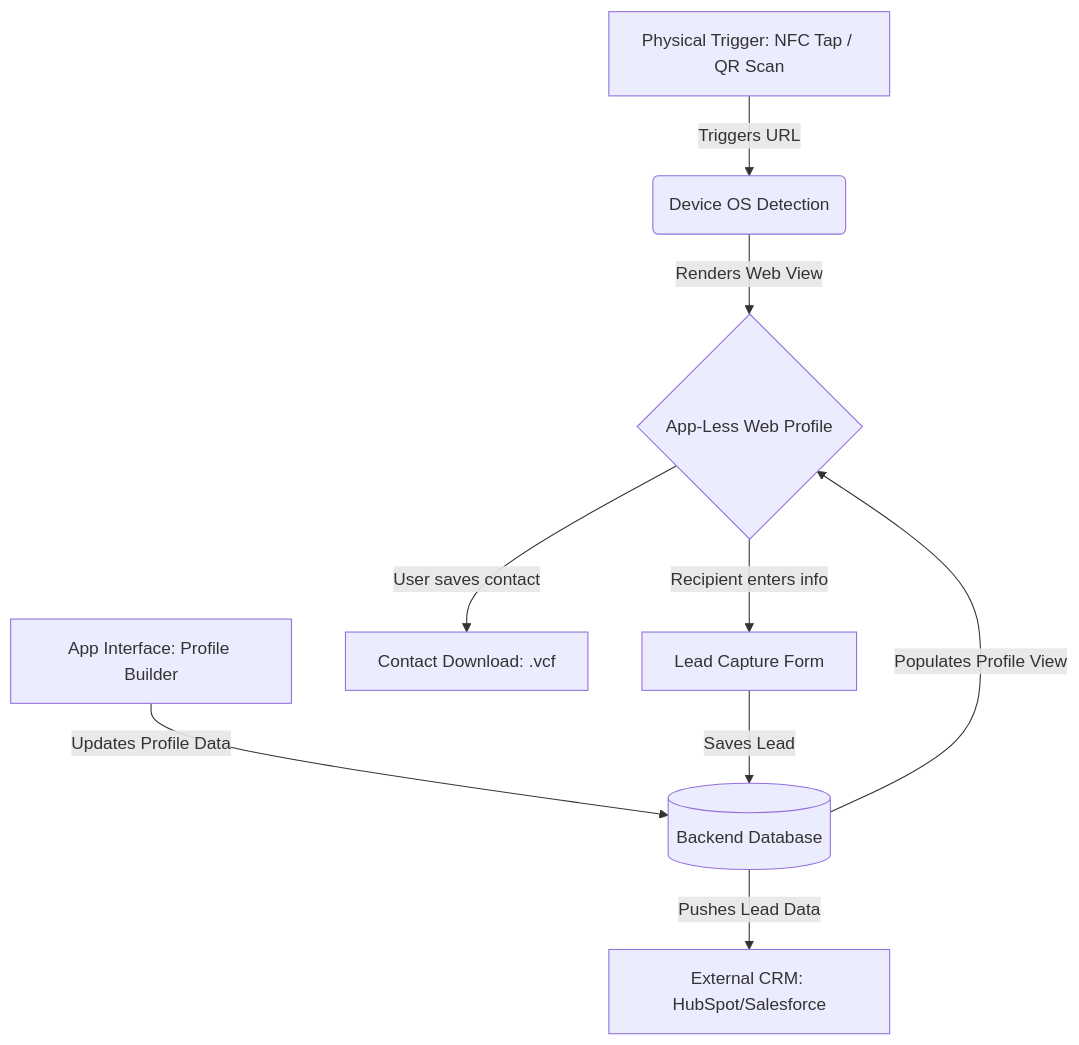
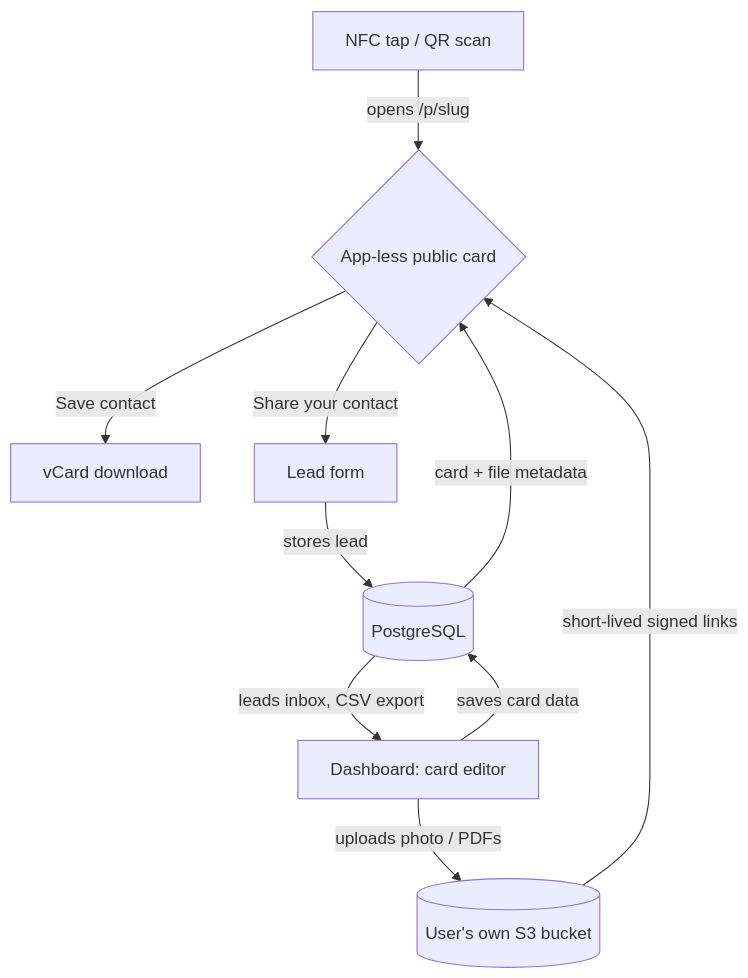
The diagram in README.md (faiz-gh/fronko), drawn with Mermaid before and after one commit. The commit also changed other lines of this file and 2 other files, not shown here.

Commit message:
updated the documentation of the code

````diff
--- a/README.md
+++ b/README.md
@@ -23,11 +23,12 @@
 ```mermaid
 graph TD
-    A[Physical Trigger: NFC Tap / QR Scan] -->|Triggers URL| B(Device OS Detection)
-    B -->|Renders Web View| C{App-Less Web Profile}
-    E[App Interface: Profile Builder] -->|Updates Profile Data| D[(Backend Database)]
-    D -->|Populates Profile View| C
-    C -->|User saves contact| F[Contact Download: .vcf]
-    C -->|Recipient enters info| G[Lead Capture Form]
-    G -->|Saves Lead| D
-    D -->|Pushes Lead Data| H[External CRM: HubSpot/Salesforce]
+    A[NFC tap / QR scan] -->|opens /p/slug| C{App-less public card}
+    E[Dashboard: card editor] -->|saves card data| D[(PostgreSQL)]
+    E -->|uploads photo / PDFs| S[(User's own S3 bucket)]
+    D -->|card + file metadata| C
+    S -->|short-lived signed links| C
+    C -->|Save contact| F[vCard download]
+    C -->|Share your contact| G[Lead form]
+    G -->|stores lead| D
+    D -->|leads inbox, CSV export| E
 ```
````
